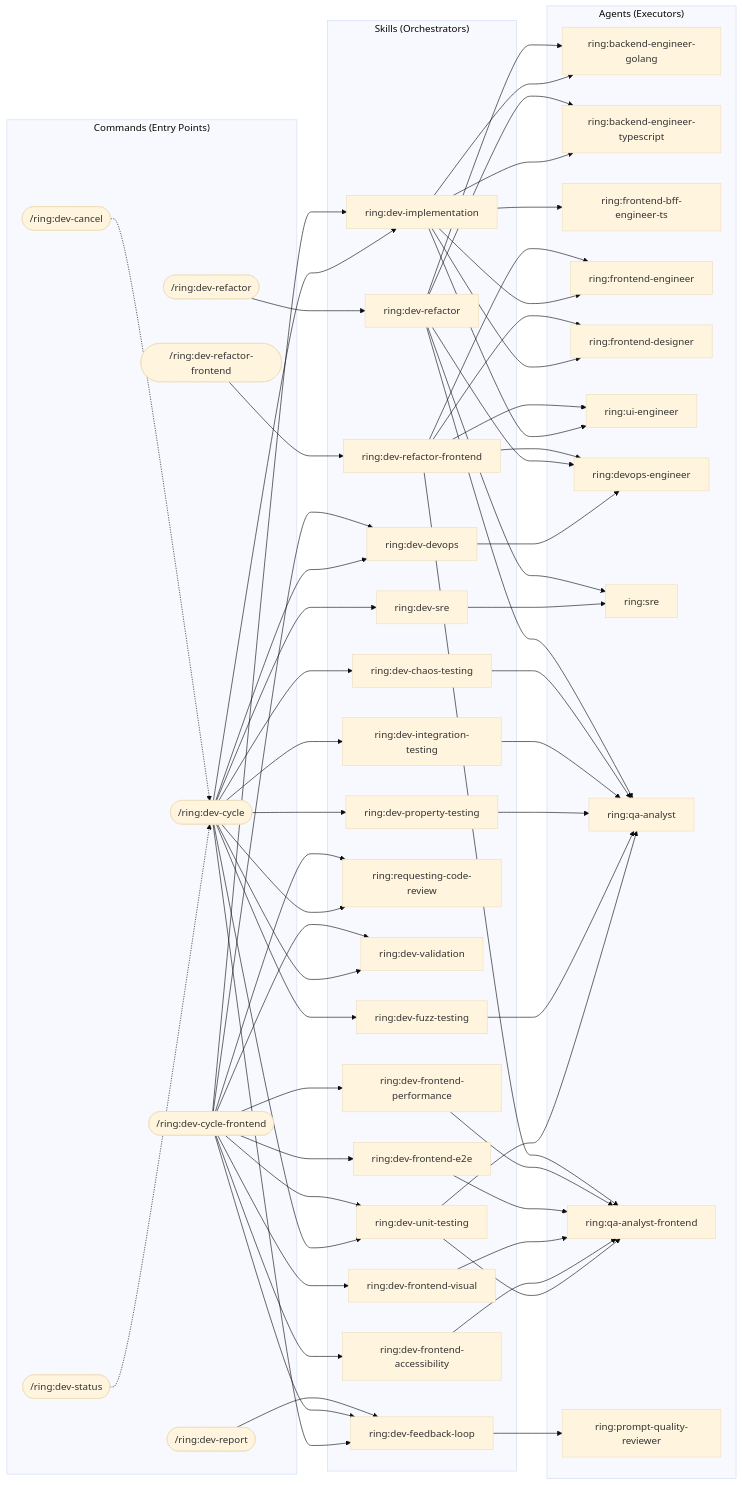
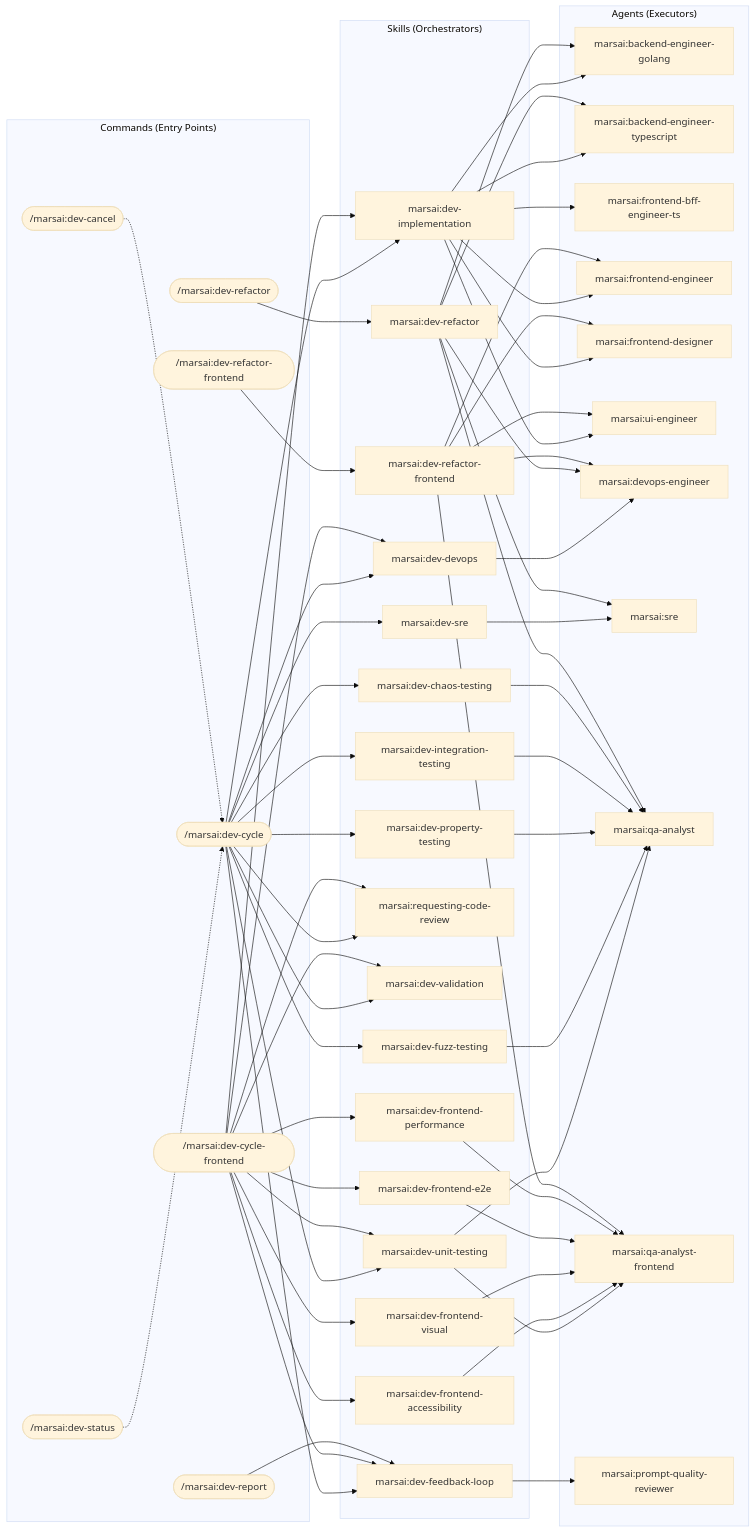
The first of 21 diagrams in dev-team/docs/dependency-diagrams.md (rodrigodh/ring), drawn with Mermaid (base theme) before and after one commit. The commit also changed other lines of this file and 203 other files, not shown here.

````diff
--- a/dev-team/docs/dependency-diagrams.md
+++ b/dev-team/docs/dependency-diagrams.md
@@ -43,73 +43,73 @@
 ```mermaid
 flowchart LR
     subgraph Commands["Commands (Entry Points)"]
-        dc(["/ring:dev-cycle"])
-        dcf(["/ring:dev-cycle-frontend"])
-        dr(["/ring:dev-refactor"])
-        drf(["/ring:dev-refactor-frontend"])
-        ds(["/ring:dev-status"])
-        dcancel(["/ring:dev-cancel"])
-        dreport(["/ring:dev-report"])
+        dc(["/marsai:dev-cycle"])
+        dcf(["/marsai:dev-cycle-frontend"])
+        dr(["/marsai:dev-refactor"])
+        drf(["/marsai:dev-refactor-frontend"])
+        ds(["/marsai:dev-status"])
+        dcancel(["/marsai:dev-cancel"])
+        dreport(["/marsai:dev-report"])
     end
 
     subgraph Skills["Skills (Orchestrators)"]
-        impl["ring:dev-implementation"]
-        devops_s["ring:dev-devops"]
-        sre_s["ring:dev-sre"]
-        unit["ring:dev-unit-testing"]
-        fuzz["ring:dev-fuzz-testing"]
-        prop["ring:dev-property-testing"]
-        integ["ring:dev-integration-testing"]
-        chaos["ring:dev-chaos-testing"]
-        review["ring:requesting-code-review"]
-        valid["ring:dev-validation"]
-        a11y["ring:dev-frontend-accessibility"]
-        visual["ring:dev-frontend-visual"]
-        e2e["ring:dev-frontend-e2e"]
-        perf["ring:dev-frontend-performance"]
-        refactor_s["ring:dev-refactor"]
-        refactorFE_s["ring:dev-refactor-frontend"]
-        feedback["ring:dev-feedback-loop"]
+        impl["marsai:dev-implementation"]
+        devops_s["marsai:dev-devops"]
+        sre_s["marsai:dev-sre"]
+        unit["marsai:dev-unit-testing"]
+        fuzz["marsai:dev-fuzz-testing"]
+        prop["marsai:dev-property-testing"]
+        integ["marsai:dev-integration-testing"]
+        chaos["marsai:dev-chaos-testing"]
+        review["marsai:requesting-code-review"]
+        valid["marsai:dev-validation"]
+        a11y["marsai:dev-frontend-accessibility"]
+        visual["marsai:dev-frontend-visual"]
+        e2e["marsai:dev-frontend-e2e"]
+        perf["marsai:dev-frontend-performance"]
+        refactor_s["marsai:dev-refactor"]
+        refactorFE_s["marsai:dev-refactor-frontend"]
+        feedback["marsai:dev-feedback-loop"]
     end
 
     subgraph Agents["Agents (Executors)"]
-        goEng["ring:backend-engineer-golang"]
-        tsEng["ring:backend-engineer-typescript"]
-        bffEng["ring:frontend-bff-engineer-ts"]
-        feEng["ring:frontend-engineer"]
-        feDes["ring:frontend-designer"]
-        uiEng["ring:ui-engineer"]
-        devopsA["ring:devops-engineer"]
-        sreA["ring:sre"]
-        qaA["ring:qa-analyst"]
-        qaFE["ring:qa-analyst-frontend"]
-        pqr["ring:prompt-quality-reviewer"]
+        goEng["marsai:backend-engineer-golang"]
+        tsEng["marsai:backend-engineer-typescript"]
+        bffEng["marsai:frontend-bff-engineer-ts"]
+        feEng["marsai:frontend-engineer"]
+        feDes["marsai:frontend-designer"]
+        uiEng["marsai:ui-engineer"]
+        devopsA["marsai:devops-engineer"]
+        sreA["marsai:sre"]
+        qaA["marsai:qa-analyst"]
+        qaFE["marsai:qa-analyst-frontend"]
+        pqr["marsai:prompt-quality-reviewer"]
     end
 
     dc --> impl & devops_s & sre_s & unit & fuzz & prop & integ & chaos & review & valid
     dcf --> impl & devops_s & a11y & unit & visual & e2e & perf & review & valid
     dr --> refactor_s
     drf --> refactorFE_s
 
     impl --> goEng & tsEng & bffEng & feEng & feDes & uiEng
     devops_s --> devopsA
     sre_s --> sreA
     unit --> qaA & qaFE
     fuzz --> qaA
     prop --> qaA
     integ --> qaA
     chaos --> qaA
     a11y --> qaFE
     visual --> qaFE
     e2e --> qaFE
     perf --> qaFE
     refactor_s --> goEng & tsEng & devopsA & sreA & qaA
     refactorFE_s --> feEng & feDes & uiEng & qaFE & devopsA
 
     dc & dcf --> feedback
     feedback --> pqr
 
     ds -.-> dc
     dcancel -.-> dc
     dreport --> feedback
 ```
````
